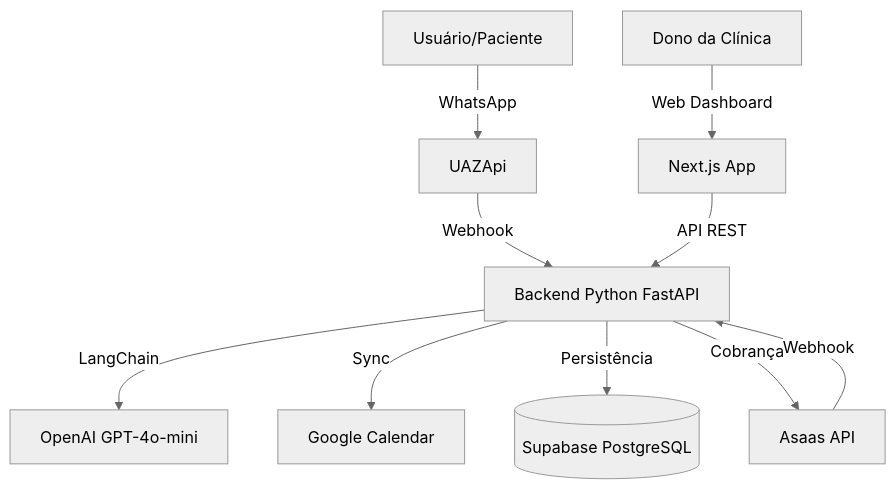
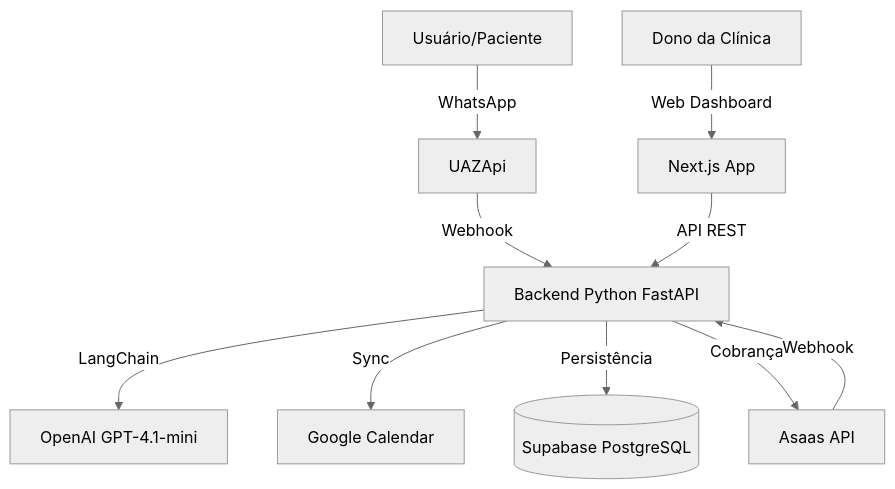
Before and after one commit to AlvaroAntunes/agenda-iasync: the diagram in README.md, drawn with Mermaid (neutral theme). The commit also changed 4 other files, not shown here.

````diff
--- a/README.md
+++ b/README.md
@@ -9,14 +9,14 @@
 ```mermaid
 graph TD
     User[Usuário/Paciente] -->|WhatsApp| WA[UAZApi]
     WA -->|Webhook| Backend[Backend Python FastAPI]
-    Backend -->|LangChain| AI[OpenAI GPT-4o-mini]
+    Backend -->|LangChain| AI[OpenAI GPT-4.1-mini]
     Backend -->|Sync| GCal[Google Calendar]
     Backend -->|Persistência| DB[(Supabase PostgreSQL)]
     
     Admin[Dono da Clínica] -->|Web Dashboard| Frontend[Next.js App]
     Frontend -->|API REST| Backend
     
     Backend -->|Cobrança| Asaas[Asaas API]
     Asaas -->|Webhook| Backend
 ```
````
